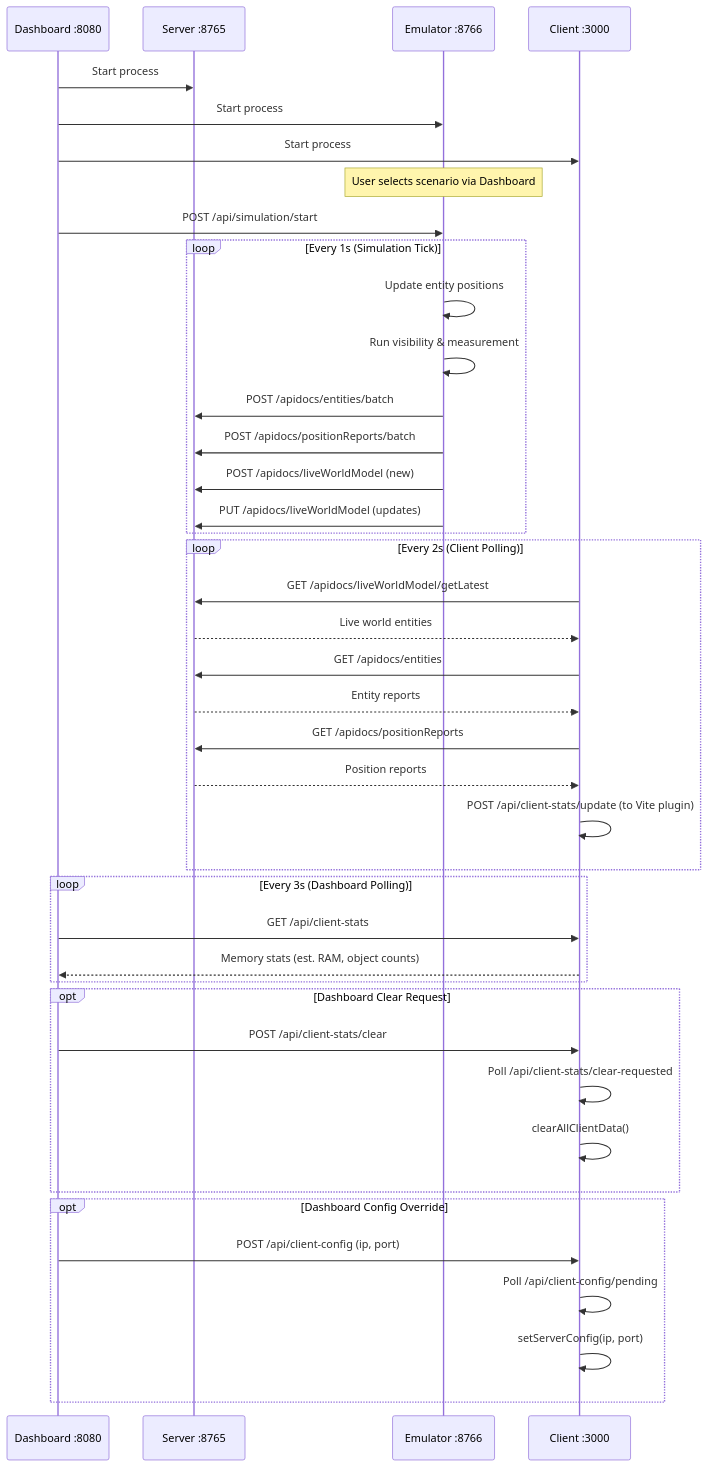
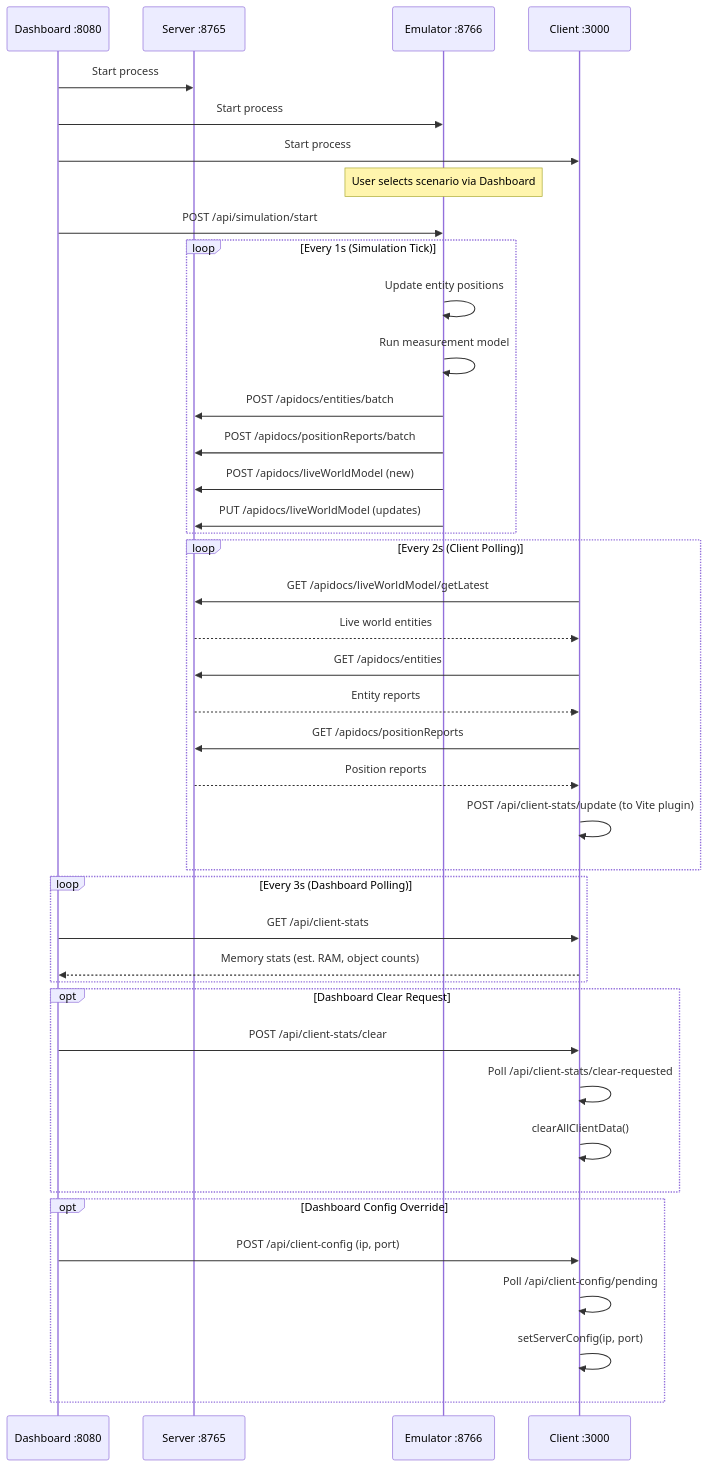
The second of 2 diagrams in docs/system-architecture-diagram.md (ericpauls/disco_workspace), drawn with Mermaid before and after one commit.

Commit message:
refactor: Remove VisibilityManager and update submodule + docs
Update data emulator submodule with VisibilityManager removal (live world
data is now truth with no fog-of-war filtering). Update system architecture
sequence diagram to reflect simplified tick loop.

````diff
--- a/docs/system-architecture-diagram.md
+++ b/docs/system-architecture-diagram.md
@@ -78,51 +78,51 @@
 ```mermaid
 sequenceDiagram
     participant D as Dashboard :8080
     participant S as Server :8765
     participant E as Emulator :8766
     participant C as Client :3000
 
     D->>S: Start process
     D->>E: Start process
     D->>C: Start process
 
     Note over E: User selects scenario via Dashboard
     D->>E: POST /api/simulation/start
 
     loop Every 1s (Simulation Tick)
         E->>E: Update entity positions
-        E->>E: Run visibility & measurement
+        E->>E: Run measurement model
 
         E->>S: POST /apidocs/entities/batch
         E->>S: POST /apidocs/positionReports/batch
         E->>S: POST /apidocs/liveWorldModel (new)
         E->>S: PUT /apidocs/liveWorldModel (updates)
     end
 
     loop Every 2s (Client Polling)
         C->>S: GET /apidocs/liveWorldModel/getLatest
         S-->>C: Live world entities
         C->>S: GET /apidocs/entities
         S-->>C: Entity reports
         C->>S: GET /apidocs/positionReports
         S-->>C: Position reports
         C->>C: POST /api/client-stats/update (to Vite plugin)
     end
 
     loop Every 3s (Dashboard Polling)
         D->>C: GET /api/client-stats
         C-->>D: Memory stats (est. RAM, object counts)
     end
 
     opt Dashboard Clear Request
         D->>C: POST /api/client-stats/clear
         C->>C: Poll /api/client-stats/clear-requested
         C->>C: clearAllClientData()
     end
 
     opt Dashboard Config Override
         D->>C: POST /api/client-config (ip, port)
         C->>C: Poll /api/client-config/pending
         C->>C: setServerConfig(ip, port)
     end
 ```
````
